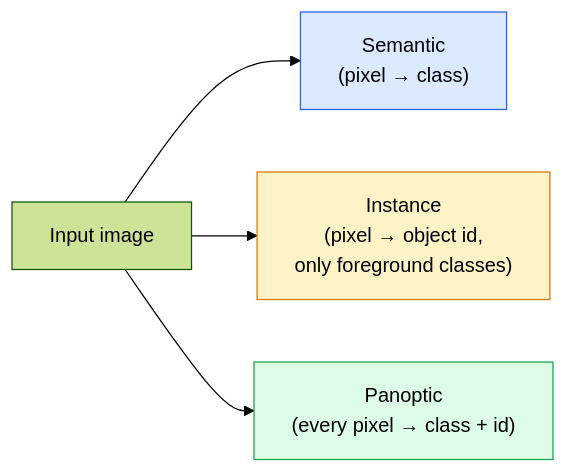
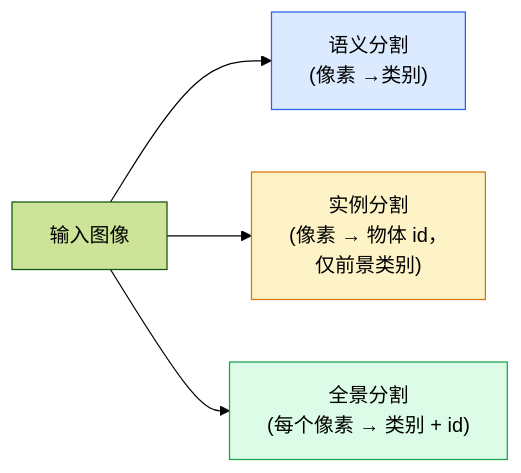
One commit to guangningsun/ailearning changed the first of 2 diagrams in lessons/04-computer-vision/07-semantic-segmentation-unet/docs/zh.md. Above: the diagram before and after it, drawn with Mermaid (forest theme). The commit also changed other lines of this file and 29 other files, not shown here.

````diff
--- a/lessons/04-computer-vision/07-semantic-segmentation-unet/docs/zh.md
+++ b/lessons/04-computer-vision/07-semantic-segmentation-unet/docs/zh.md
@@ -29,10 +29,10 @@
 ```mermaid
 flowchart LR
-    IN["Input image"] --> SEM["Semantic<br/>(pixel → class)"]
-    IN --> INS["Instance<br/>(pixel → object id,<br/>only foreground classes)"]
-    IN --> PAN["Panoptic<br/>(every pixel → class + id)"]
+    IN["输入图像"] --> SEM["语义分割<br/>(像素 →类别)"]
+    IN --> INS["实例分割<br/>(像素 → 物体 id，<br/>仅前景类别)"]
+    IN --> PAN["全景分割<br/>(每个像素 → 类别 + id)"]
 
     style SEM fill:#dbeafe,stroke:#2563eb
     style INS fill:#fef3c7,stroke:#d97706
     style PAN fill:#dcfce7,stroke:#16a34a
 ```
````
